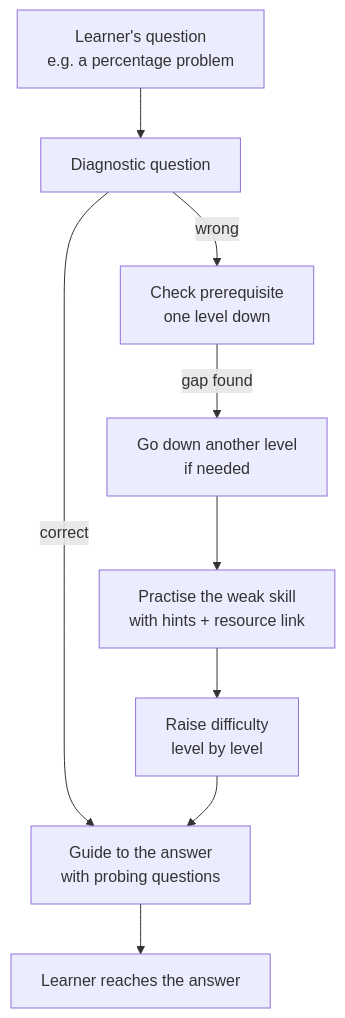
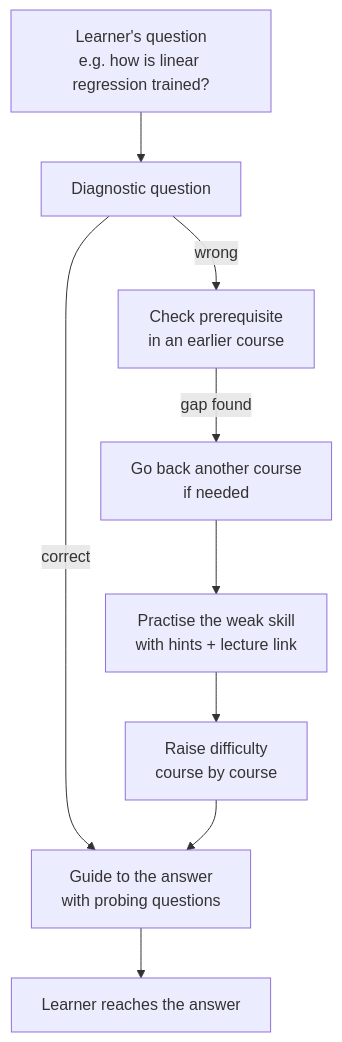
The third of 3 diagrams in docs/milestone-1/Milestone1_Report.md (Hariomkr147/Group-2-DS-and-AI-Lab-Project), drawn with Mermaid before and after one commit. The commit also changed other lines of this file and 3 other files, not shown here.

````diff
--- a/docs/milestone-1/Milestone1_Report.md
+++ b/docs/milestone-1/Milestone1_Report.md
@@ -159,11 +196,11 @@
 ```mermaid
 flowchart TD
-    Q[Learner's question<br/>e.g. a percentage problem] --> T[Diagnostic question]
+    Q[Learner's question<br/>e.g. how is linear regression trained?] --> T[Diagnostic question]
     T -->|correct| A[Guide to the answer<br/>with probing questions]
-    T -->|wrong| B[Check prerequisite<br/>one level down]
-    B -->|gap found| B2[Go down another level<br/>if needed]
-    B2 --> PR[Practise the weak skill<br/>with hints + resource link]
-    PR --> UP[Raise difficulty<br/>level by level]
+    T -->|wrong| B[Check prerequisite<br/>in an earlier course]
+    B -->|gap found| B2[Go back another course<br/>if needed]
+    B2 --> PR[Practise the weak skill<br/>with hints + lecture link]
+    PR --> UP[Raise difficulty<br/>course by course]
     UP --> A
     A --> E[Learner reaches the answer]
 ```
````
